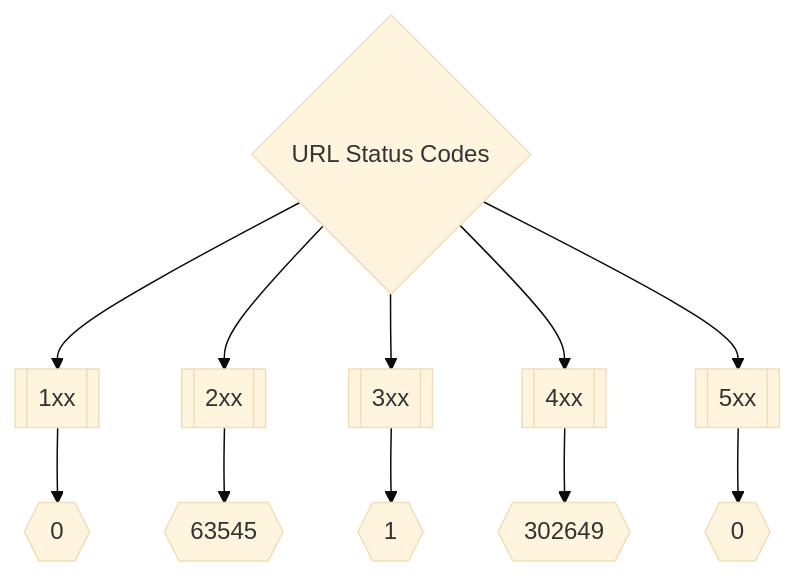
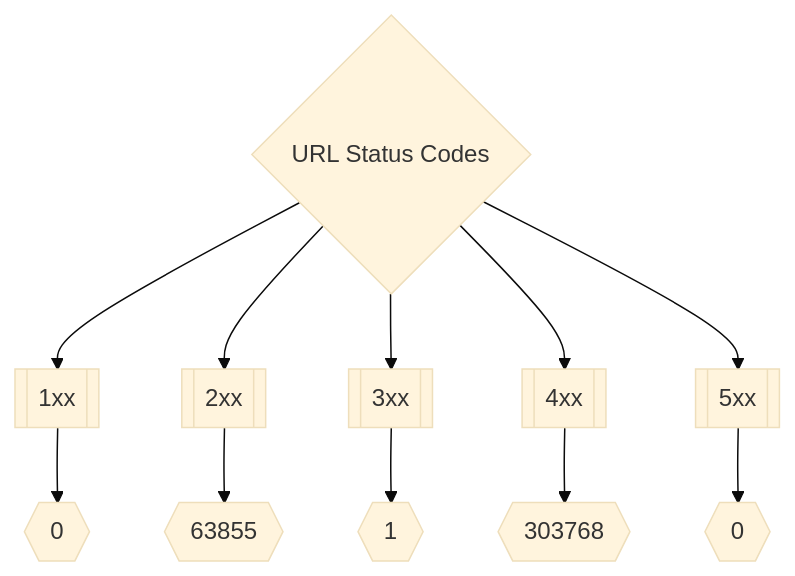
Before and after one commit to trickest/inventory: the second of 3 diagrams in README.md, drawn with Mermaid (base theme). The commit also changed other lines of this file, not shown here.

Commit message:
Update Fri Apr 22 01:52:10 UTC 2022

````diff
--- a/README.md
+++ b/README.md
@@ -173,8 +173,8 @@
 ```mermaid
 graph TD
 title{URL Status Codes} --> 1xx[[1xx]] --> status1xxNum{{0}}
-title --> 2xx[[2xx]] --> status2xxNum{{63545}}
+title --> 2xx[[2xx]] --> status2xxNum{{63855}}
 title --> 3xx[[3xx]] --> status3xxNum{{1}}
-title --> 4xx[[4xx]] --> status4xxNum{{302649}}
+title --> 4xx[[4xx]] --> status4xxNum{{303768}}
 title --> 5xx[[5xx]] --> status5xxNum{{0}}
 ```
````
